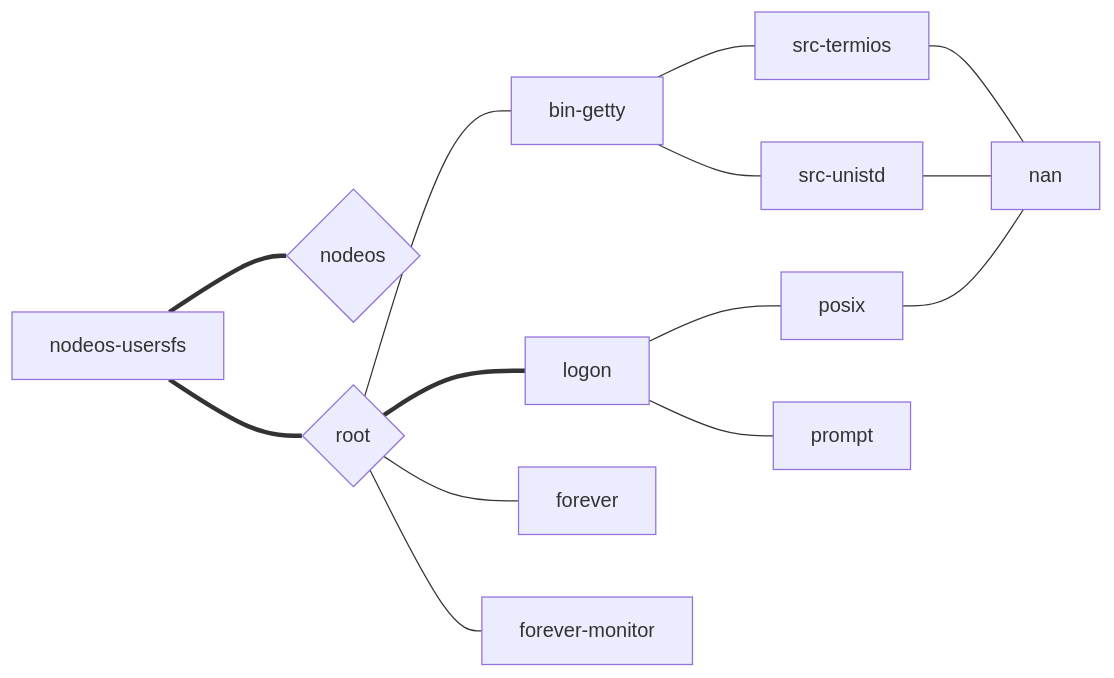
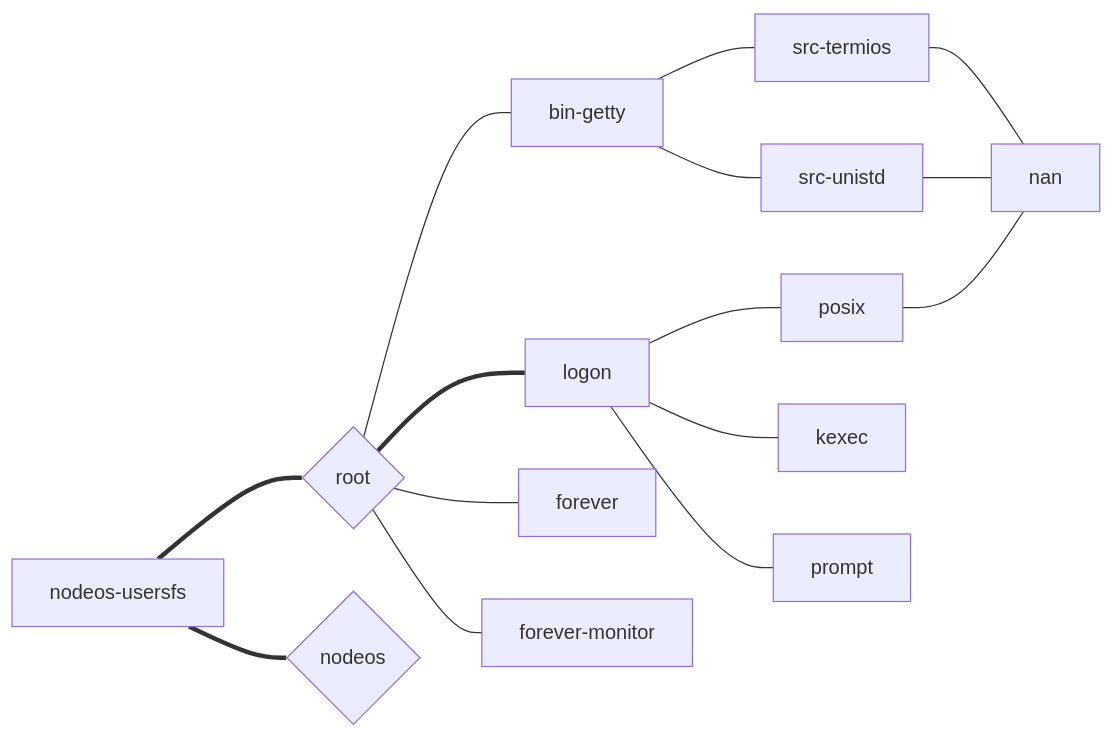
The diagram in 8. apéndices/módulos/dependencies_usersfs.mmd (piranna/pfc), drawn with Mermaid before and after one commit. The commit also changed 1 other file, not shown here.

Commit message:
DebugFS y logon->kexec en arboles de dependencias

```diff
--- a/8. apéndices/módulos/dependencies_usersfs.mmd
+++ b/8. apéndices/módulos/dependencies_usersfs.mmd
@@ -1,19 +1,20 @@
 graph LR
+  nodeos-usersfs === root{root}
   nodeos-usersfs === nodeos{nodeos}
-  nodeos-usersfs === root{root}
 
   root --- bin-getty
   root === logon
   root --- forever
   root --- forever-monitor
 
   bin-getty --- src-termios
   bin-getty --- src-unistd
 
   logon --- posix
+  logon --- kexec
   logon --- prompt
 
   src-termios --- nan
   src-unistd --- nan
 
   posix --- nan
```
